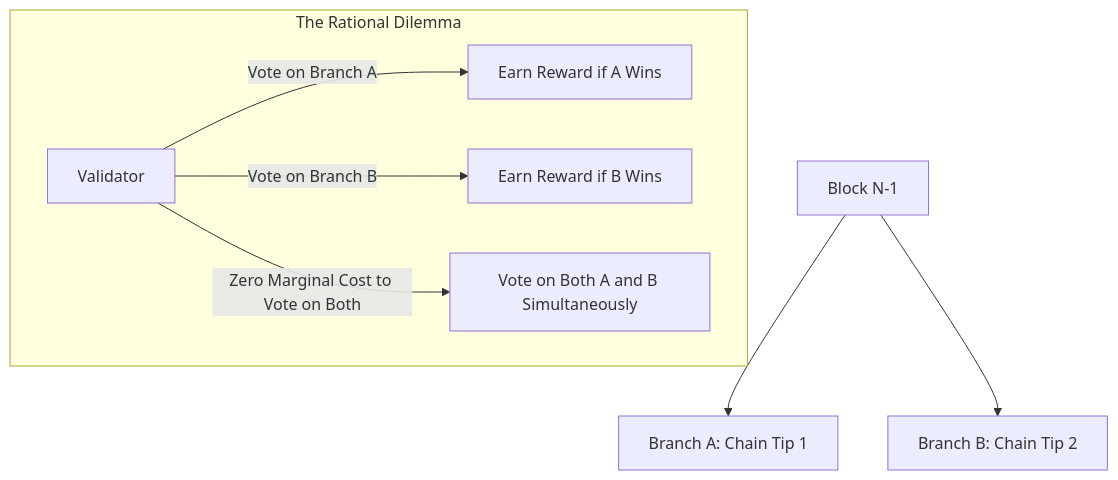
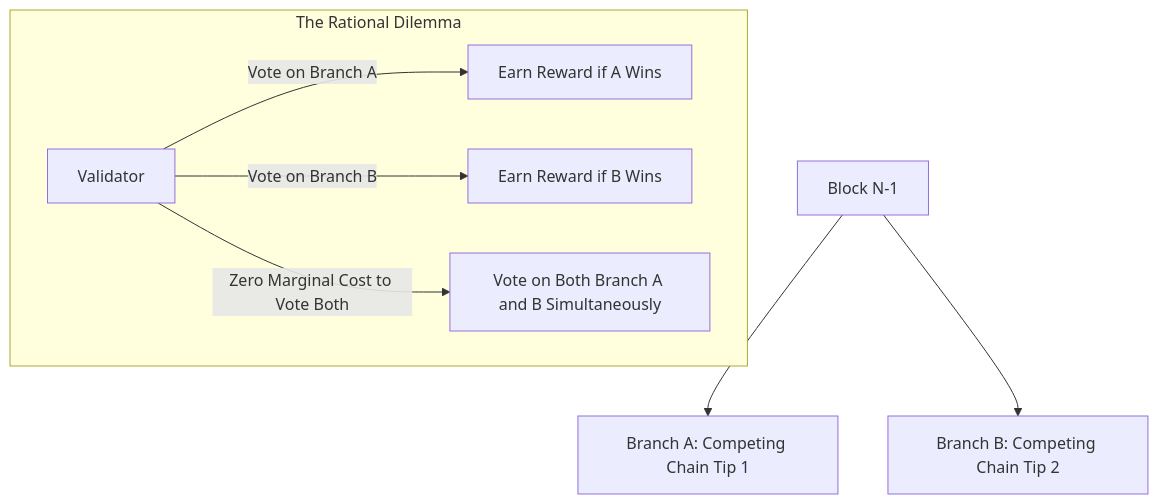
Before and after one commit to ub-society/modules: the fourth of 7 diagrams in docs/learn/fundamentals/03-consensus-and-game-theory/03-proof-of-stake-and-finality-gadgets.md, drawn with Mermaid. The commit also changed other lines of this file and 3 other files, not shown here.

````diff
--- a/docs/learn/fundamentals/03-consensus-and-game-theory/03-proof-of-stake-and-finality-gadgets.md
+++ b/docs/learn/fundamentals/03-consensus-and-game-theory/03-proof-of-stake-and-finality-gadgets.md
@@ -72,11 +122,11 @@
 ```mermaid
 flowchart TD
-    Genesis[Block N-1] --> BranchA[Branch A: Chain Tip 1]
-    Genesis --> BranchB[Branch B: Chain Tip 2]
+    Genesis[Block N-1] --> BranchA[Branch A: Competing Chain Tip 1]
+    Genesis --> BranchB[Branch B: Competing Chain Tip 2]
 
     subgraph The Rational Dilemma
         V[Validator] -->|Vote on Branch A| OutA[Earn Reward if A Wins]
         V -->|Vote on Branch B| OutB[Earn Reward if B Wins]
-        V -->|Zero Marginal Cost to Vote on Both| Double[Vote on Both A and B Simultaneously]
+        V -->|Zero Marginal Cost to Vote Both| Double[Vote on Both Branch A and B Simultaneously]
     end
 ```
````
